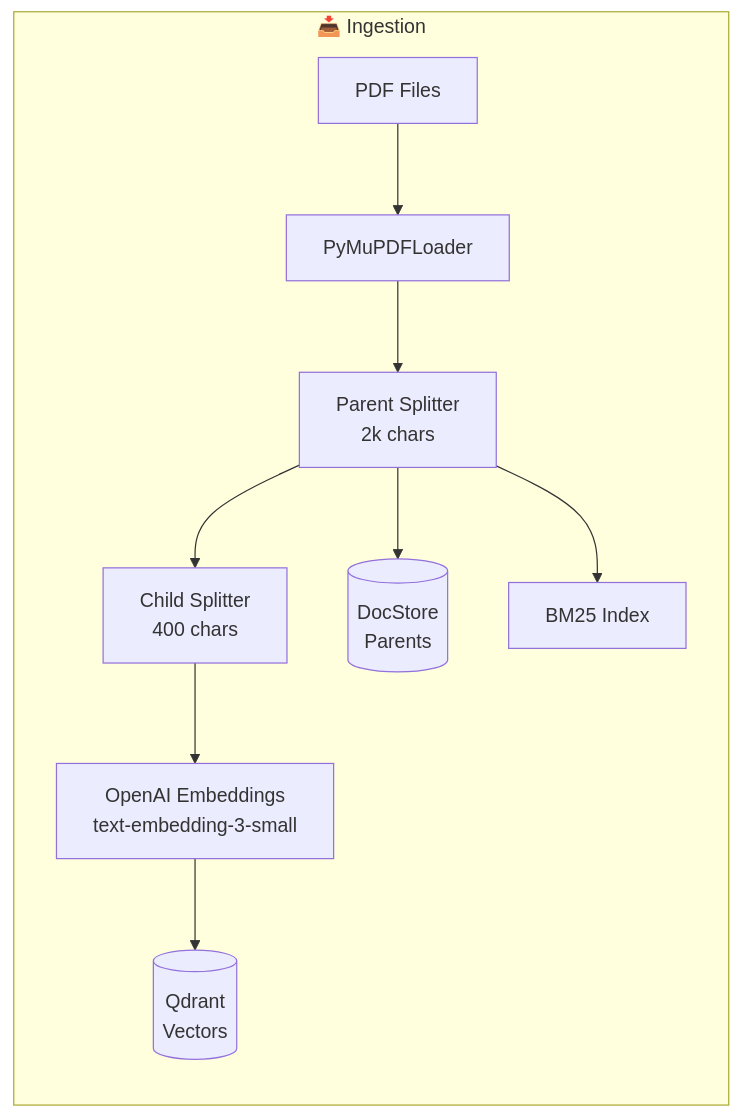
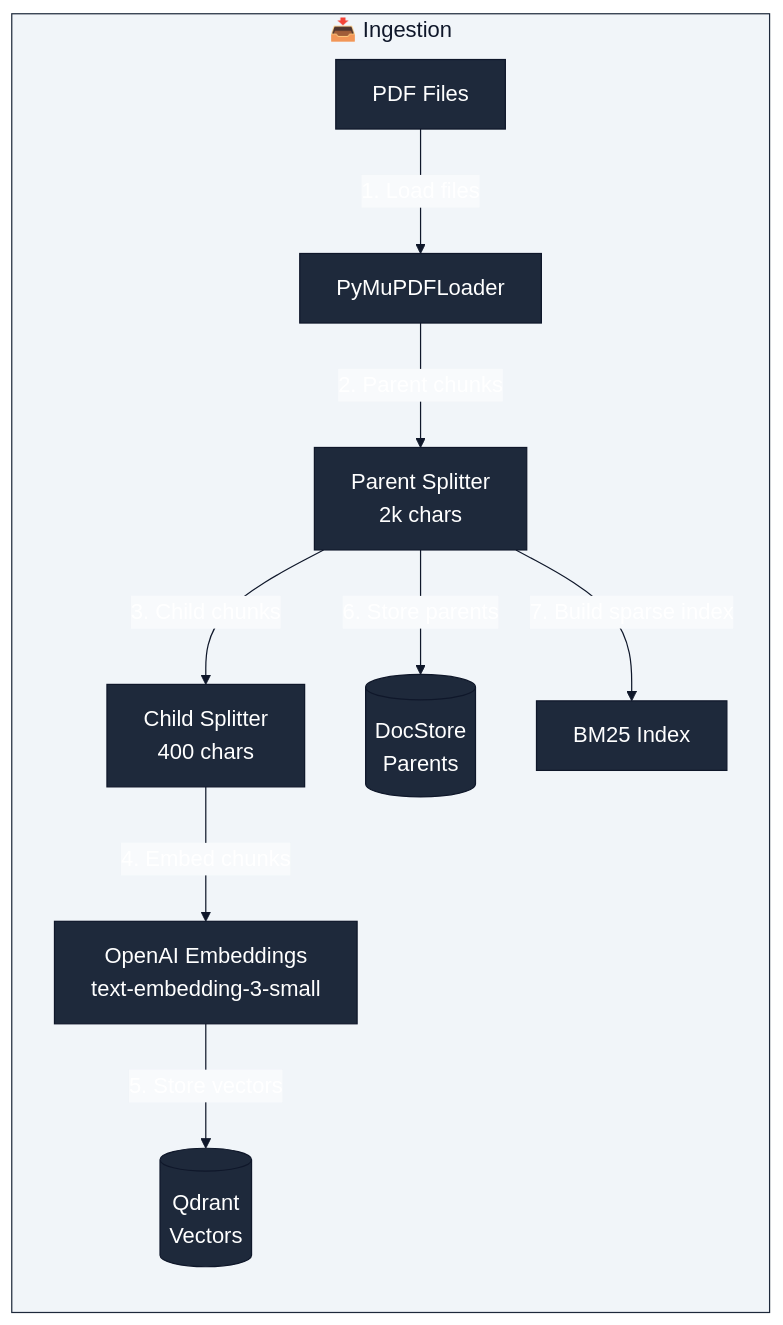
One commit to adrian-barcan/AIE9-Certification-Challenge changed the second of 6 diagrams in README.md. Above: the diagram before and after it, drawn with Mermaid. The commit also changed other lines of this file and 15 other files, not shown here.

````diff
--- a/README.md
+++ b/README.md
@@ -113,20 +114,21 @@
 ```mermaid
+%%{init: {'theme':'base', 'themeVariables': {'primaryColor':'#1e293b','primaryTextColor':'#ffffff','primaryBorderColor':'#0f172a','secondaryColor':'#334155','secondaryTextColor':'#ffffff','secondaryBorderColor':'#0f172a','tertiaryColor':'#475569','tertiaryTextColor':'#ffffff','tertiaryBorderColor':'#0f172a','lineColor':'#0f172a','fontSize':'18px','edgeLabelBackground':'#f8fafc','nodeBorder':'#0f172a','nodeTextColor':'#ffffff','clusterBkg':'#f1f5f9','clusterBorder':'#1e293b','titleColor':'#0f172a'}}}%%
 flowchart LR
     subgraph Ingest["📥 Ingestion"]
         PDF[PDF Files]
         Load[PyMuPDFLoader]
         ParentSplit[Parent Splitter<br/>2k chars]
         ChildSplit[Child Splitter<br/>400 chars]
         Embed[OpenAI Embeddings<br/>text-embedding-3-small]
         QdrantW[(Qdrant<br/>Vectors)]
         DocStore[(DocStore<br/>Parents)]
         BM25Store[BM25 Index]
-        PDF --> Load
-        Load --> ParentSplit
-        ParentSplit --> ChildSplit
-        ChildSplit --> Embed
-        Embed --> QdrantW
-        ParentSplit --> DocStore
-        ParentSplit --> BM25Store
+        PDF -->|"1. Load files"| Load
+        Load -->|"2. Parent chunks"| ParentSplit
+        ParentSplit -->|"3. Child chunks"| ChildSplit
+        ChildSplit -->|"4. Embed chunks"| Embed
+        Embed -->|"5. Store vectors"| QdrantW
+        ParentSplit -->|"6. Store parents"| DocStore
+        ParentSplit -->|"7. Build sparse index"| BM25Store
     end
 ```
````
